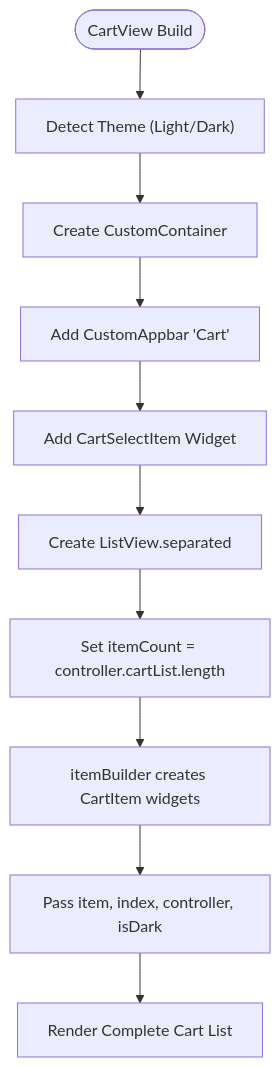
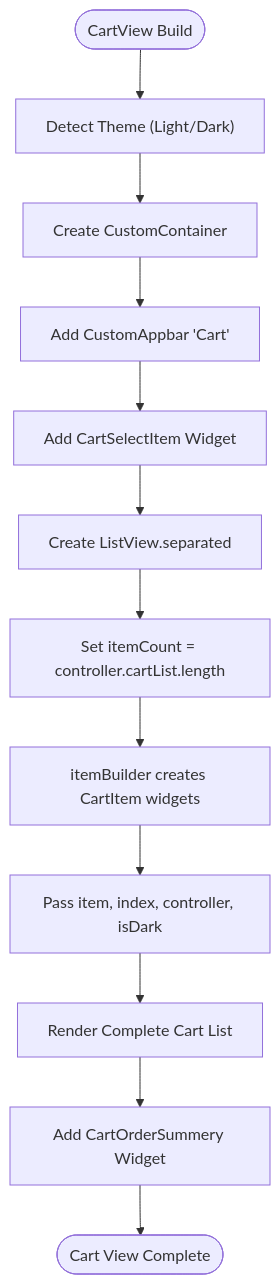
One commit to Ariful3111/FurniGo changed the fifth of 13 diagrams in .qoder/repowiki/en/content/Core Features/E-commerce Platform/Shopping Cart System.md. Above: the diagram before and after it, drawn with Mermaid. The commit also changed other lines of this file and 15 other files, not shown here.

````diff
--- a/.qoder/repowiki/en/content/Core Features/E-commerce Platform/Shopping Cart System.md
+++ b/.qoder/repowiki/en/content/Core Features/E-commerce Platform/Shopping Cart System.md
@@ -224,12 +321,14 @@
 ```mermaid
 flowchart TD
 Start(["CartView Build"]) --> LoadTheme["Detect Theme (Light/Dark)"]
 LoadTheme --> CreateContainer["Create CustomContainer"]
 CreateContainer --> AddAppbar["Add CustomAppbar 'Cart'"]
 AddAppbar --> AddSelectItem["Add CartSelectItem Widget"]
 AddSelectItem --> CreateList["Create ListView.separated"]
 CreateList --> SetItemCount["Set itemCount = controller.cartList.length"]
 SetItemCount --> itemBuilder["itemBuilder creates CartItem widgets"]
 itemBuilder --> PassProps["Pass item, index, controller, isDark"]
 PassProps --> RenderComplete["Render Complete Cart List"]
+RenderComplete --> AddOrderSummary["Add CartOrderSummery Widget"]
+AddOrderSummary --> End(["Cart View Complete"])
 ```
````
